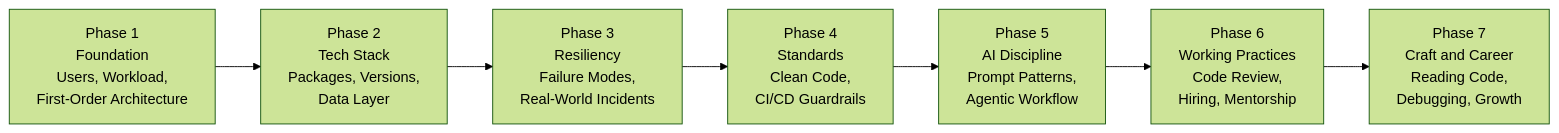
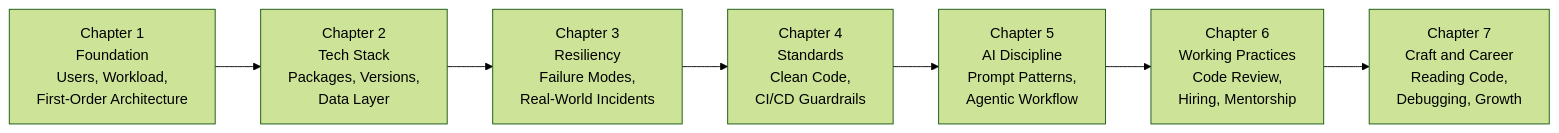
Before and after one commit to balangyaoejuspher/how-i-build: the diagram in src/pages/start-here.mdx, drawn with Mermaid (forest theme). The commit also changed other lines of this file and 17 other files, not shown here.

Commit message:
editorial: drop 'Section N:' prefix from all headings; rename framework 'Phase' to 'Chapter' across blueprint/posts/start-here/README/CONTRIBUTING

````diff
--- a/src/pages/start-here.mdx
+++ b/src/pages/start-here.mdx
@@ -16,12 +16,12 @@
 ```mermaid
 flowchart LR
-    P1[Phase 1<br/>Foundation<br/>Users, Workload,<br/>First-Order Architecture]
-    P2[Phase 2<br/>Tech Stack<br/>Packages, Versions,<br/>Data Layer]
-    P3[Phase 3<br/>Resiliency<br/>Failure Modes,<br/>Real-World Incidents]
-    P4[Phase 4<br/>Standards<br/>Clean Code,<br/>CI/CD Guardrails]
-    P5[Phase 5<br/>AI Discipline<br/>Prompt Patterns,<br/>Agentic Workflow]
-    P6[Phase 6<br/>Working Practices<br/>Code Review,<br/>Hiring, Mentorship]
-    P7[Phase 7<br/>Craft and Career<br/>Reading Code,<br/>Debugging, Growth]
+    P1[Chapter 1<br/>Foundation<br/>Users, Workload,<br/>First-Order Architecture]
+    P2[Chapter 2<br/>Tech Stack<br/>Packages, Versions,<br/>Data Layer]
+    P3[Chapter 3<br/>Resiliency<br/>Failure Modes,<br/>Real-World Incidents]
+    P4[Chapter 4<br/>Standards<br/>Clean Code,<br/>CI/CD Guardrails]
+    P5[Chapter 5<br/>AI Discipline<br/>Prompt Patterns,<br/>Agentic Workflow]
+    P6[Chapter 6<br/>Working Practices<br/>Code Review,<br/>Hiring, Mentorship]
+    P7[Chapter 7<br/>Craft and Career<br/>Reading Code,<br/>Debugging, Growth]
 
     P1 --> P2 --> P3 --> P4 --> P5 --> P6 --> P7
 ```
````
